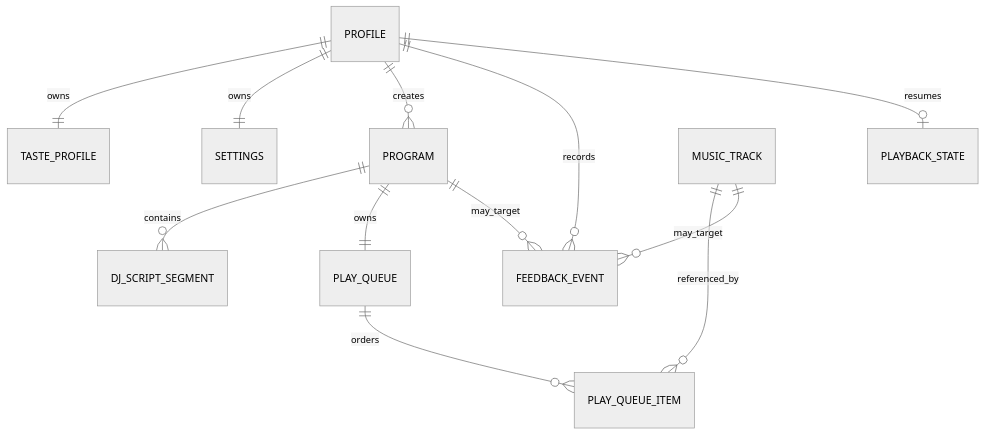
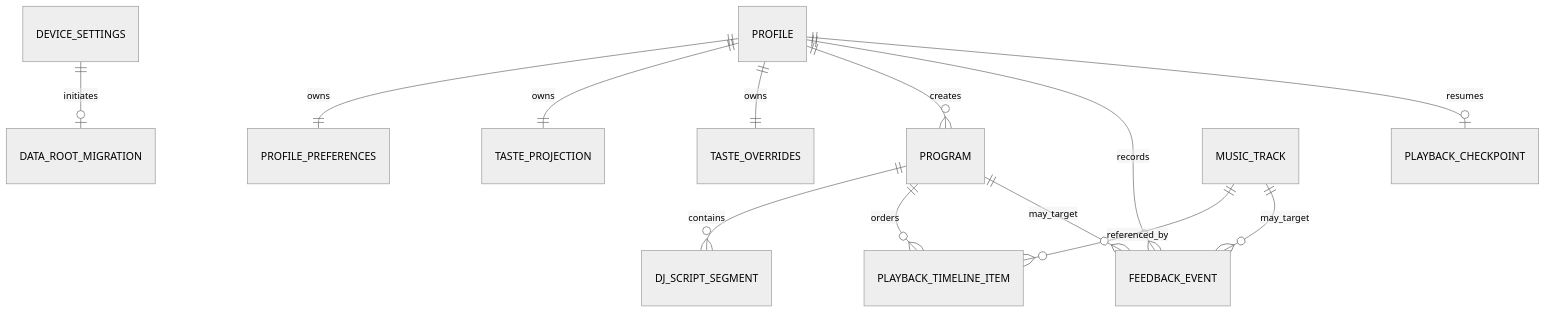
Before and after one commit to komochi007/koradio: the sixth of 8 diagrams in architecture.md, drawn with Mermaid (neutral theme). The commit also changed other lines of this file and 17 other files, not shown here.

Commit message:
校准项目基线并建立发布路线图

````diff
--- a/architecture.md
+++ b/architecture.md
@@ -236,14 +260,15 @@
 ```mermaid
 erDiagram
-    PROFILE ||--|| TASTE_PROFILE : owns
-    PROFILE ||--|| SETTINGS : owns
+    DEVICE_SETTINGS ||--o| DATA_ROOT_MIGRATION : initiates
+    PROFILE ||--|| PROFILE_PREFERENCES : owns
+    PROFILE ||--|| TASTE_PROJECTION : owns
+    PROFILE ||--|| TASTE_OVERRIDES : owns
     PROFILE ||--o{ PROGRAM : creates
     PROFILE ||--o{ FEEDBACK_EVENT : records
-    PROFILE ||--o| PLAYBACK_STATE : resumes
+    PROFILE ||--o| PLAYBACK_CHECKPOINT : resumes
     PROGRAM ||--o{ DJ_SCRIPT_SEGMENT : contains
-    PROGRAM ||--|| PLAY_QUEUE : owns
-    PLAY_QUEUE ||--o{ PLAY_QUEUE_ITEM : orders
-    MUSIC_TRACK ||--o{ PLAY_QUEUE_ITEM : referenced_by
+    PROGRAM ||--o{ PLAYBACK_TIMELINE_ITEM : orders
+    MUSIC_TRACK ||--o{ PLAYBACK_TIMELINE_ITEM : referenced_by
     MUSIC_TRACK ||--o{ FEEDBACK_EVENT : may_target
     PROGRAM ||--o{ FEEDBACK_EVENT : may_target
 ```
````
